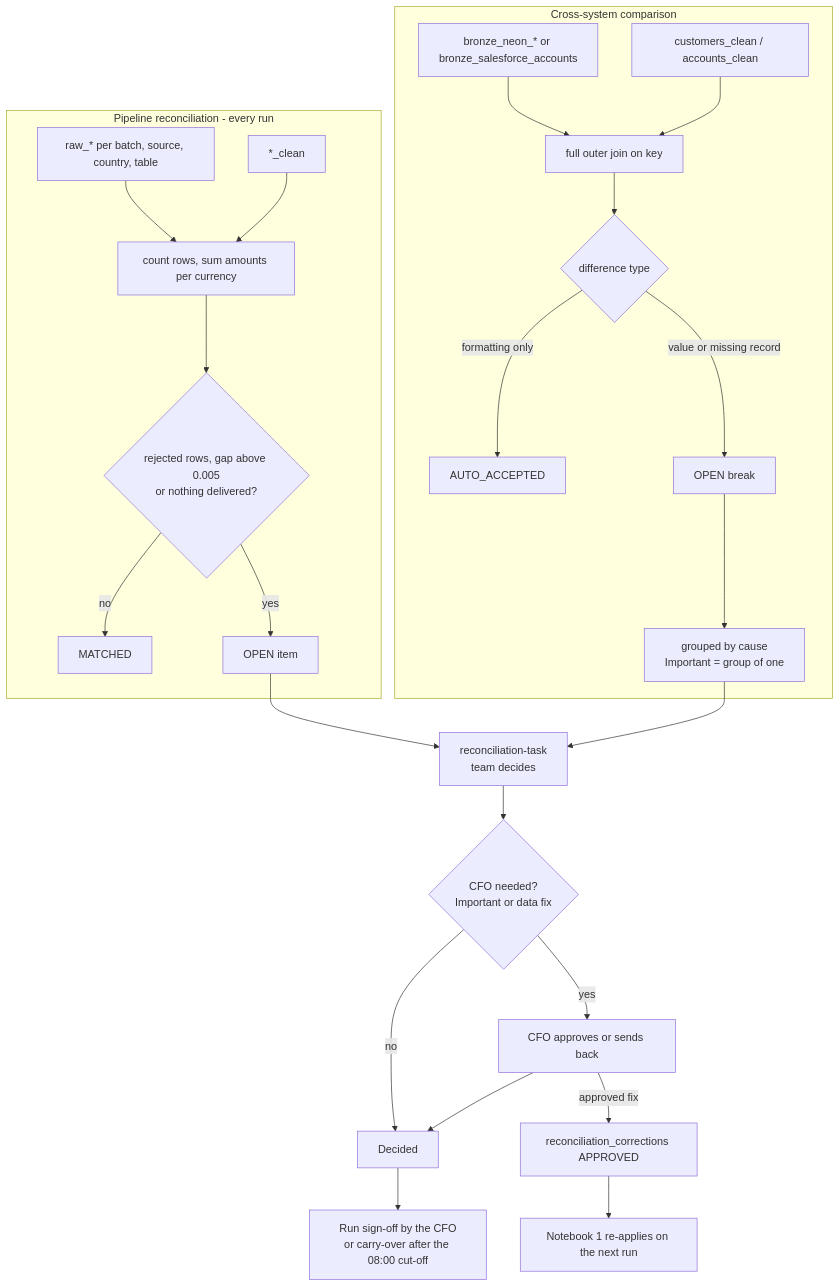
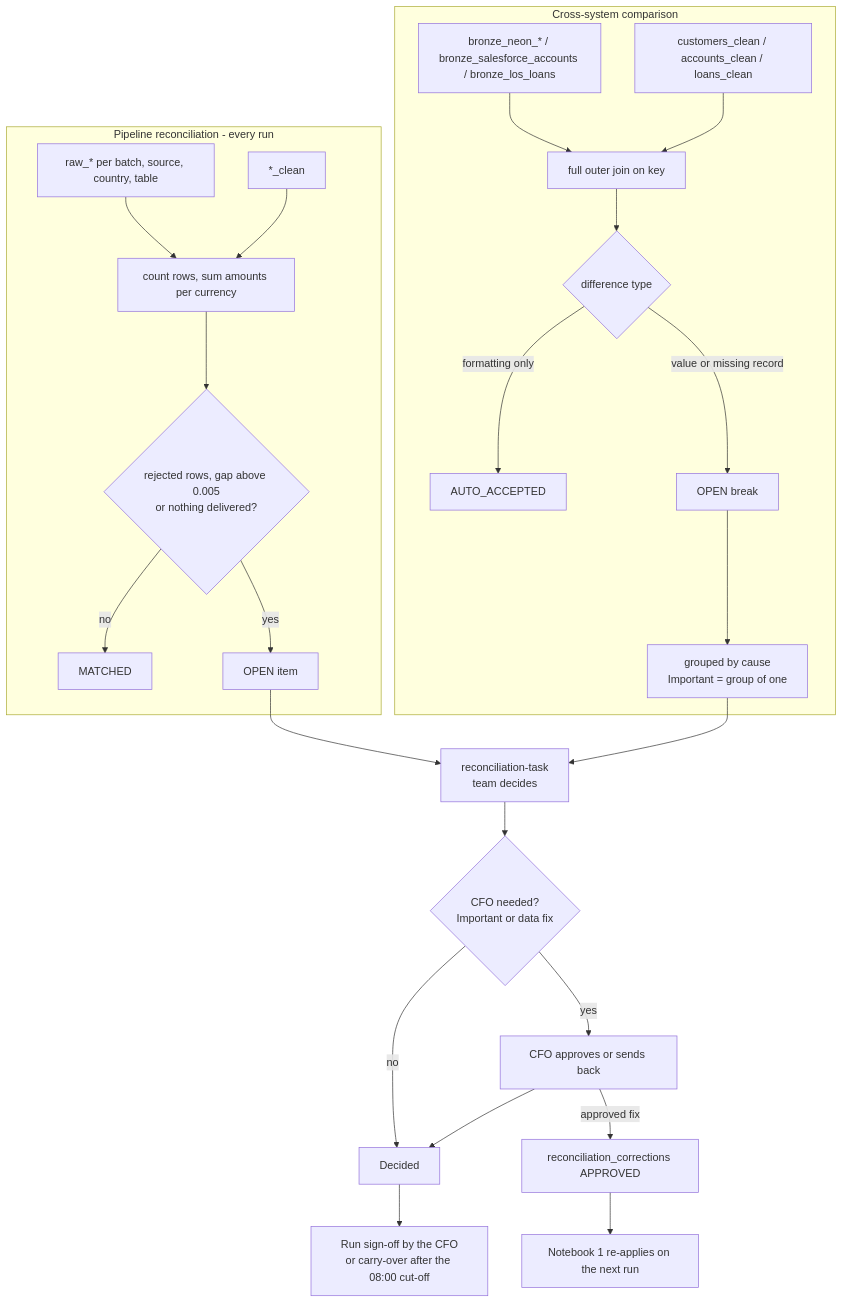
The third of 8 diagrams in project-docs/PLATFORM-TECHNICAL-SPECIFICATION.md (aayaan1999/Multi-Source-Treasury-Data-Reconciliation-Verification-Platform), drawn with Mermaid before and after one commit. The commit also changed other lines of this file, not shown here.

````diff
--- a/project-docs/PLATFORM-TECHNICAL-SPECIFICATION.md
+++ b/project-docs/PLATFORM-TECHNICAL-SPECIFICATION.md
@@ -553,27 +586,27 @@
 ```mermaid
 flowchart TD
   subgraph P["Pipeline reconciliation - every run"]
     R1["raw_* per batch, source, country, table"] --> C1["count rows, sum amounts per currency"]
     K1["*_clean"] --> C1
     C1 --> G1{"rejected rows, gap above 0.005<br/>or nothing delivered?"}
     G1 -- no --> M1["MATCHED"]
     G1 -- yes --> O1["OPEN item"]
   end
   subgraph X["Cross-system comparison"]
-    S2["bronze_neon_* or bronze_salesforce_accounts"] --> J2["full outer join on key"]
-    K2["customers_clean / accounts_clean"] --> J2
+    S2["bronze_neon_* / bronze_salesforce_accounts / bronze_los_loans"] --> J2["full outer join on key"]
+    K2["customers_clean / accounts_clean / loans_clean"] --> J2
     J2 --> T2{"difference type"}
     T2 -- "formatting only" --> A2["AUTO_ACCEPTED"]
     T2 -- "value or missing record" --> O2["OPEN break"]
     O2 --> GR["grouped by cause<br/>Important = group of one"]
   end
   O1 --> TK["reconciliation-task<br/>team decides"]
   GR --> TK
   TK --> D{"CFO needed?<br/>Important or data fix"}
   D -- yes --> CFO["CFO approves or sends back"]
   D -- no --> DEC["Decided"]
   CFO --> DEC
   DEC --> RUN["Run sign-off by the CFO<br/>or carry-over after the 08:00 cut-off"]
   CFO -- "approved fix" --> CORR["reconciliation_corrections APPROVED"]
   CORR --> NB1["Notebook 1 re-applies on the next run"]
 ```
````
